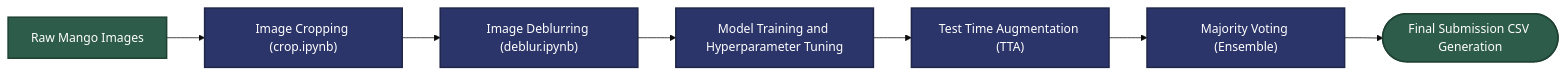
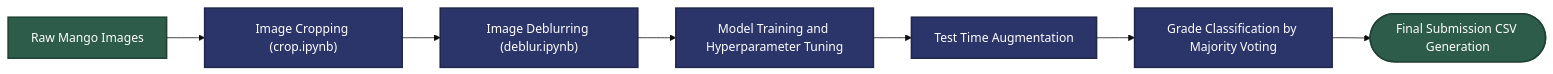
The diagram in README.md (schaof/AI-Cup-2020-Mango-Image-Classification), drawn with Mermaid (base theme) before and after one commit.

````diff
--- a/README.md
+++ b/README.md
@@ -5,17 +5,17 @@
 ```mermaid
 graph LR
     A["Raw Mango Images"] --> B["Image Cropping (crop.ipynb)"]
     B --> C["Image Deblurring (deblur.ipynb)"]
     C --> D["Model Training and Hyperparameter Tuning"]
-    D --> E["Test Time Augmentation (TTA)"]
-    E --> F["Majority Voting (Ensemble)"]  
+    D --> E["Test Time Augmentation"]
+    E --> F["Grade Classification by Majority Voting"]  
     F --> G(["Final Submission CSV Generation"])
 
     %% 視覺設定：定義企業級深色主題
     classDef premiumBlue fill:#2C356A,stroke:#1F264A,stroke-width:2px,color:#ffffff
     classDef premiumGreen fill:#2D5C4A,stroke:#1F4234,stroke-width:2px,color:#ffffff
 
     %% 套用配色
     class B,C,D,E,F premiumBlue
     class A,G premiumGreen
 ```
````
